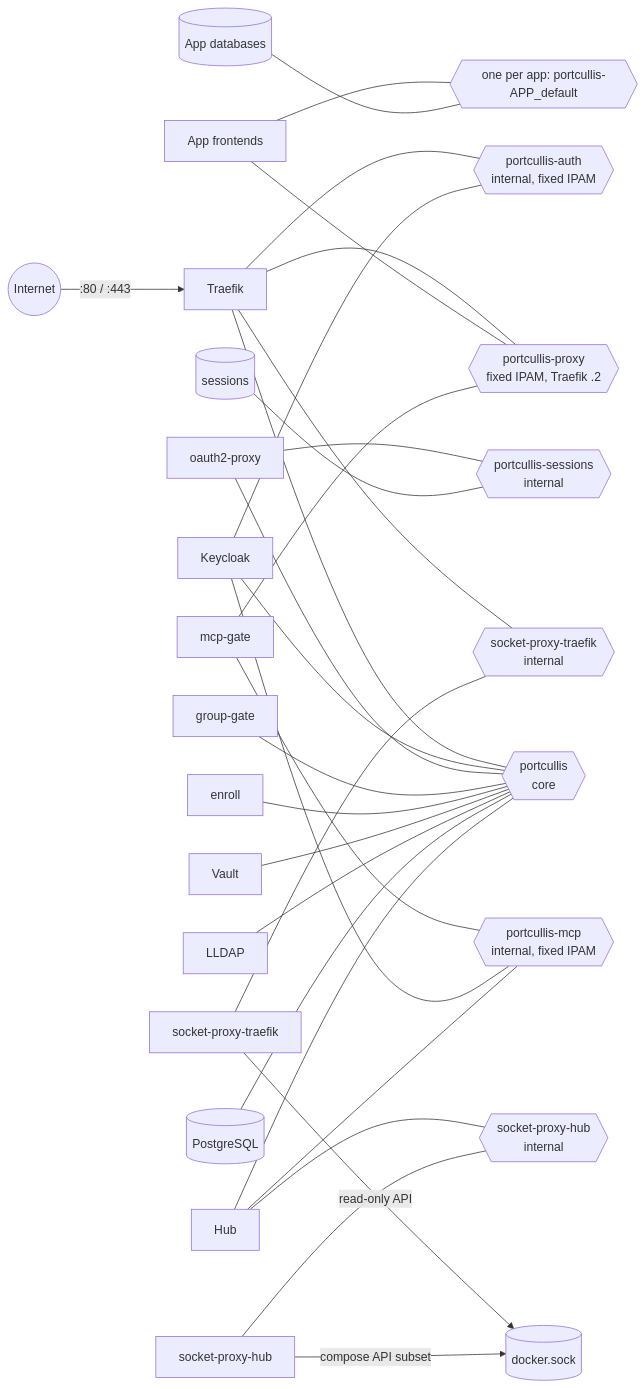
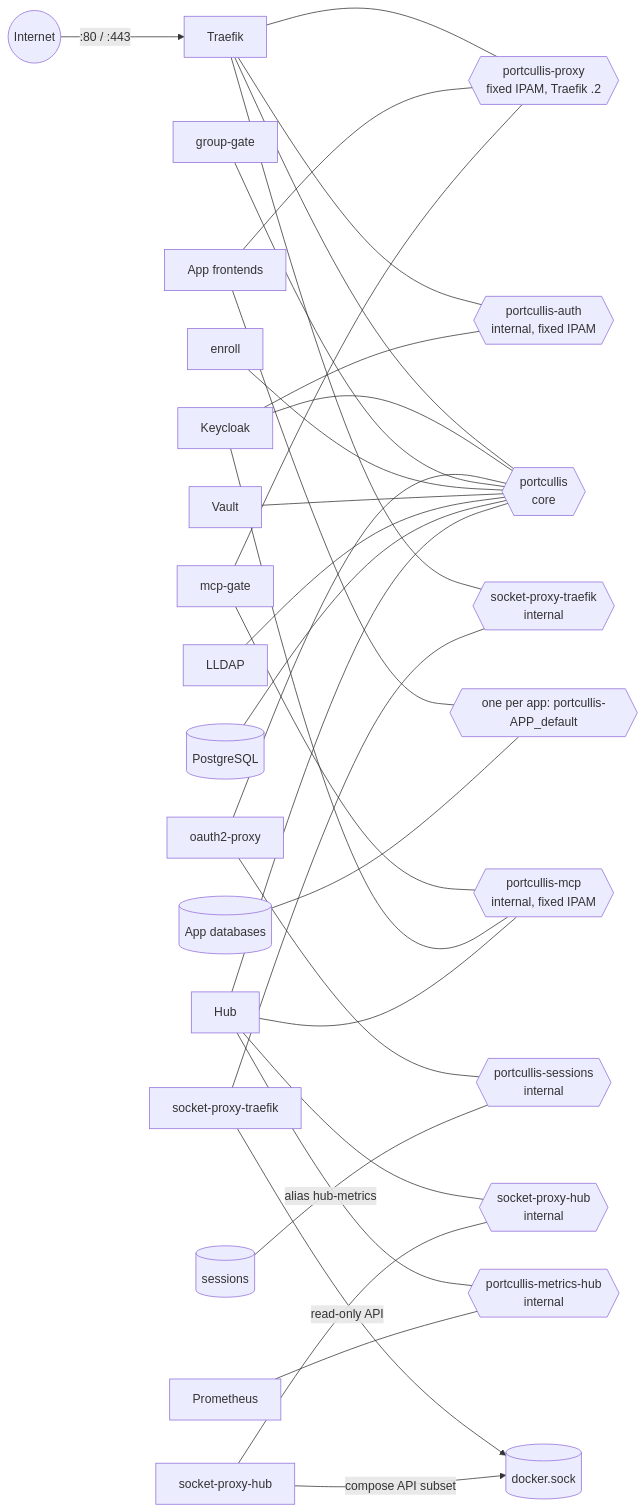
The diagram in docs/operations/hardening.md (porelli/portcullis-docs), drawn with Mermaid before and after one commit. The commit also changed other lines of this file and 5 other files, not shown here.

````diff
--- a/docs/operations/hardening.md
+++ b/docs/operations/hardening.md
@@ -112,40 +112,43 @@
 ```mermaid
 graph LR
     Internet((Internet)) -->|:80 / :443| T[Traefik]
 
     NP{{portcullis-proxy<br/>fixed IPAM, Traefik .2}}
     NA{{portcullis-auth<br/>internal, fixed IPAM}}
     NC{{portcullis<br/>core}}
     NST{{socket-proxy-traefik<br/>internal}}
     NSH{{socket-proxy-hub<br/>internal}}
+    NMH{{portcullis-metrics-hub<br/>internal}}
 
     T --- NP
     T --- NA
     T --- NC
     T --- NST
     Apps[App frontends] --- NP
     Apps --- AppNet{{one per app: portcullis-APP_default}}
     AppDB[(App databases)] --- AppNet
     KC[Keycloak] --- NA
     KC --- NC
     O2[oauth2-proxy] --- NC
     NSS{{portcullis-sessions<br/>internal}}
     O2 --- NSS
     SS[(sessions)] --- NSS
     GG[group-gate] --- NC
     En[enroll] --- NC
     V[Vault] --- NC
     LL[LLDAP] --- NC
     PG[(PostgreSQL)] --- NC
     Hub --- NC
     Hub --- NSH
+    Hub ---|alias hub-metrics| NMH
+    Prom[Prometheus] --- NMH
     NM{{portcullis-mcp<br/>internal, fixed IPAM}}
     MG[mcp-gate] --- NM
     MG --- NP
     KC --- NM
     Hub --- NM
     SPT[socket-proxy-traefik] --- NST
     SPH[socket-proxy-hub] --- NSH
     SPT -->|read-only API| Sock[(docker.sock)]
     SPH -->|compose API subset| Sock
 ```
````
